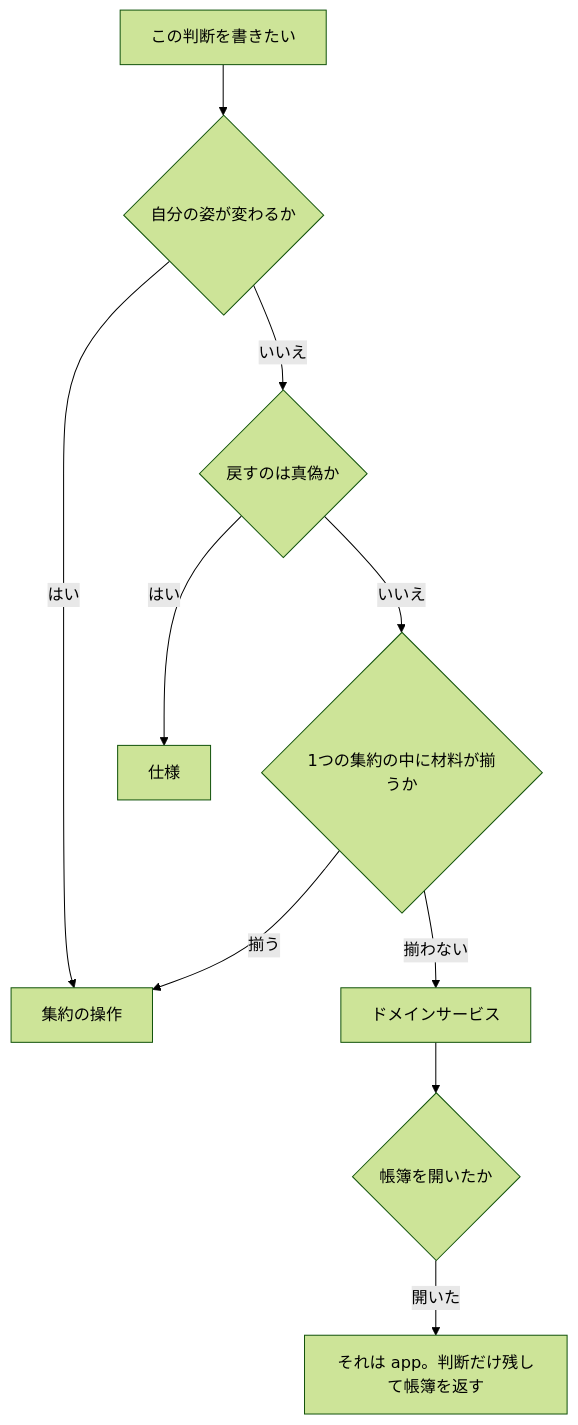
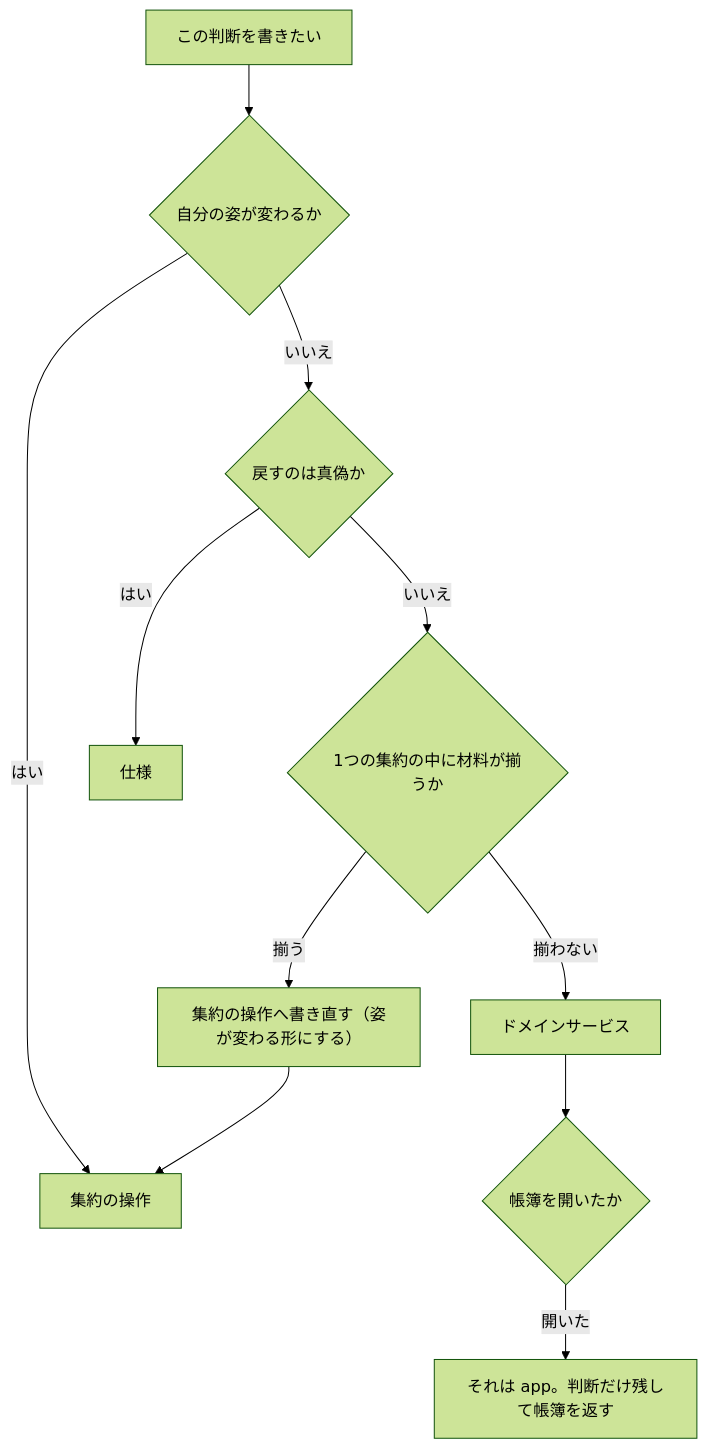
Before and after one commit to takashi-hash/troupe: the diagram in 設計/ドメインサービスと仕様.md, drawn with Mermaid (forest theme). The commit also changed other lines of this file and 6 other files, not shown here.

````diff
--- a/設計/ドメインサービスと仕様.md
+++ b/設計/ドメインサービスと仕様.md
@@ -93,12 +101,13 @@
 ```mermaid
 flowchart TD
     A["この判断を書きたい"] --> B{"自分の姿が変わるか"}
     B -->|はい| C["集約の操作"]
     B -->|いいえ| D{"戻すのは真偽か"}
     D -->|はい| E["仕様"]
     D -->|いいえ| F{"1つの集約の中に材料が揃うか"}
-    F -->|揃う| C
+    F -->|揃う| K["集約の操作へ書き直す（姿が変わる形にする）"]
+    K --> C
     F -->|揃わない| G["ドメインサービス"]
     G --> H{"帳簿を開いたか"}
     H -->|開いた| I["それは app。判断だけ残して帳簿を返す"]
 ```
````
